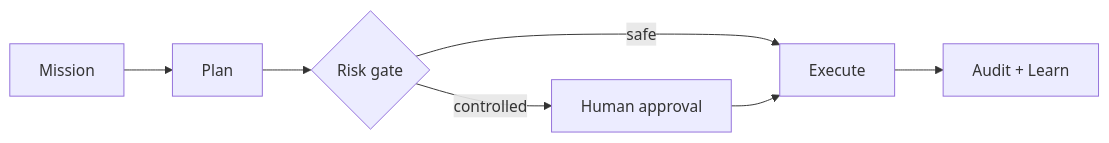
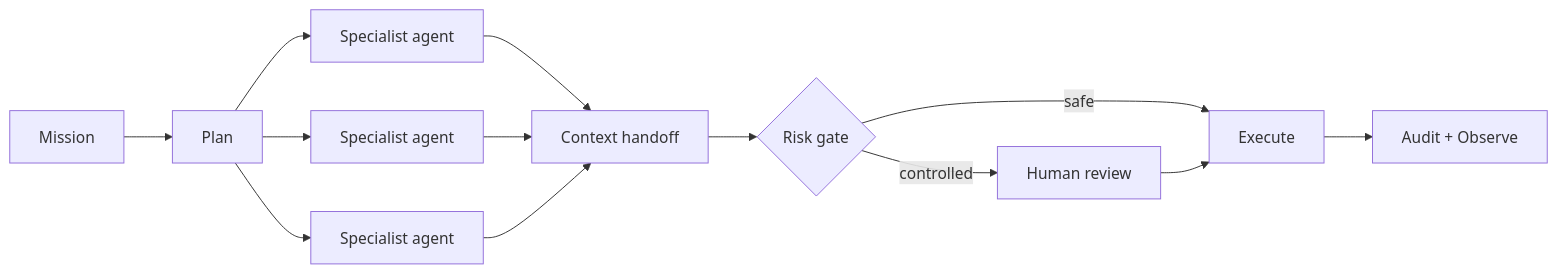
Before and after one commit to Old-Rx/Old-Rx: the diagram in README.md, drawn with Mermaid. The commit also changed other lines of this file, not shown here.

````diff
--- a/README.md
+++ b/README.md
@@ -60,9 +85,15 @@
 ```mermaid
 flowchart LR
-    A[Mission] --> B[Plan]
-    B --> C{Risk gate}
-    C -->|safe| D[Execute]
-    C -->|controlled| E[Human approval]
-    E --> D
-    D --> F[Audit + Learn]
+    M[Mission] --> P[Plan]
+    P --> A1[Specialist agent]
+    P --> A2[Specialist agent]
+    P --> A3[Specialist agent]
+    A1 --> H[Context handoff]
+    A2 --> H
+    A3 --> H
+    H --> G{Risk gate}
+    G -->|safe| X[Execute]
+    G -->|controlled| R[Human review]
+    R --> X
+    X --> O[Audit + Observe]
 ```
````
